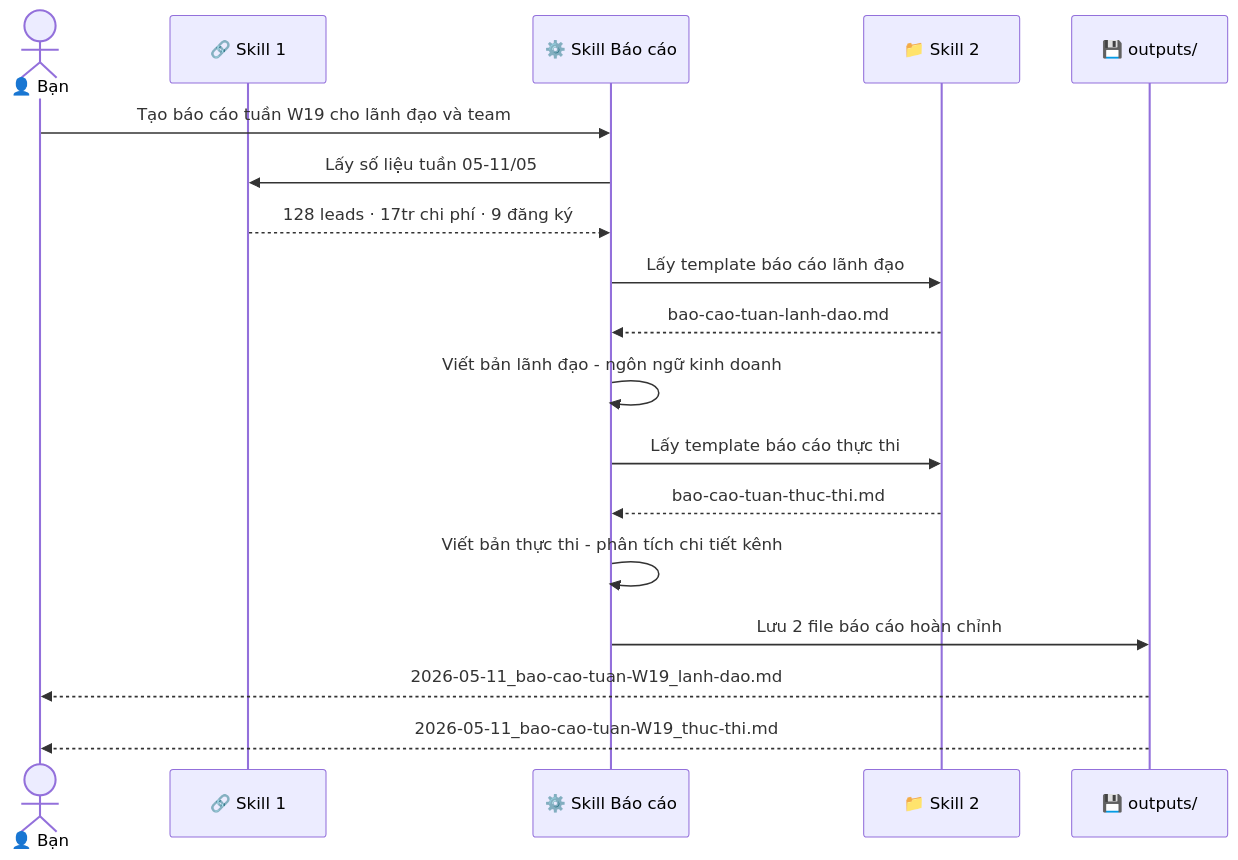
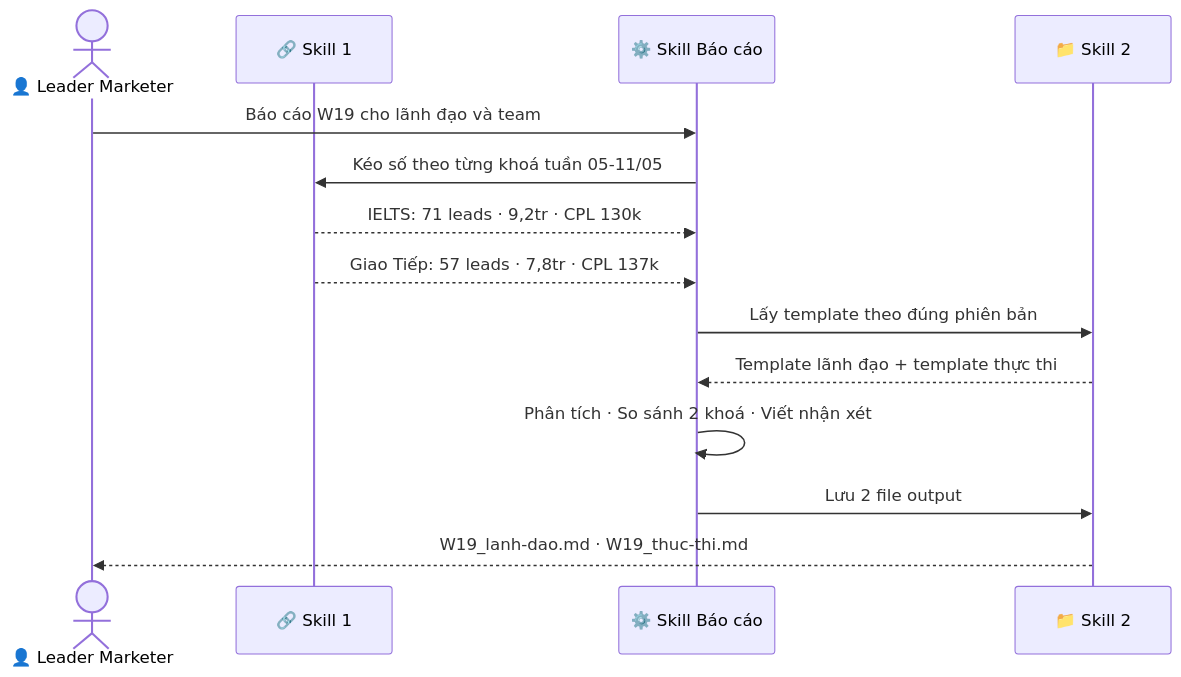
Before and after one commit to bochidung642-blip/1-kh-ng-gian-l-m-vi-c-c-nh-n-v-i-c-c-skills: the seventh of 7 diagrams in README.md, drawn with Mermaid. The commit also changed other lines of this file, not shown here.

First line of the commit message:
docs: customize README cho Leader Marketer trung tâm Anh ngữ

````diff
--- a/README.md
+++ b/README.md
@@ -124,21 +169,17 @@
 ```mermaid
 sequenceDiagram
-    actor B as 👤 Bạn
+    actor B as 👤 Leader Marketer
     participant S1 as 🔗 Skill 1
     participant S3 as ⚙️ Skill Báo cáo
     participant S2 as 📁 Skill 2
-    participant O as 💾 outputs/
 
-    B->>S3: Tạo báo cáo tuần W19 cho lãnh đạo và team
-    S3->>S1: Lấy số liệu tuần 05-11/05
-    S1-->>S3: 128 leads · 17tr chi phí · 9 đăng ký
-    S3->>S2: Lấy template báo cáo lãnh đạo
-    S2-->>S3: bao-cao-tuan-lanh-dao.md
-    S3->>S3: Viết bản lãnh đạo - ngôn ngữ kinh doanh
-    S3->>S2: Lấy template báo cáo thực thi
-    S2-->>S3: bao-cao-tuan-thuc-thi.md
-    S3->>S3: Viết bản thực thi - phân tích chi tiết kênh
-    S3->>O: Lưu 2 file báo cáo hoàn chỉnh
-    O-->>B: 2026-05-11_bao-cao-tuan-W19_lanh-dao.md
-    O-->>B: 2026-05-11_bao-cao-tuan-W19_thuc-thi.md
+    B->>S3: Báo cáo W19 cho lãnh đạo và team
+    S3->>S1: Kéo số theo từng khoá tuần 05-11/05
+    S1-->>S3: IELTS: 71 leads · 9,2tr · CPL 130k
+    S1-->>S3: Giao Tiếp: 57 leads · 7,8tr · CPL 137k
+    S3->>S2: Lấy template theo đúng phiên bản
+    S2-->>S3: Template lãnh đạo + template thực thi
+    S3->>S3: Phân tích · So sánh 2 khoá · Viết nhận xét
+    S3->>S2: Lưu 2 file output
+    S2-->>B: W19_lanh-dao.md · W19_thuc-thi.md
 ```
````
